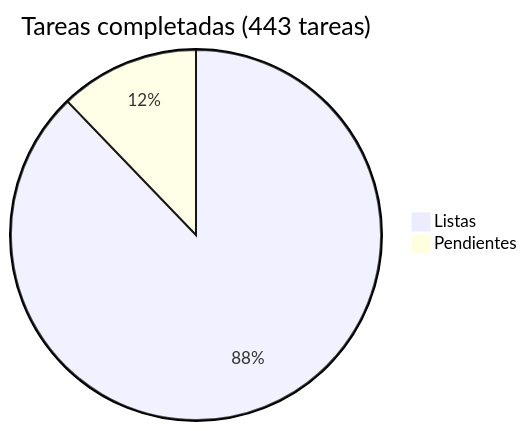
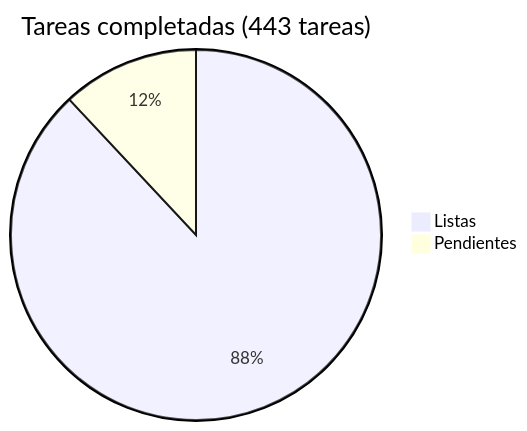
One commit to araguaney-lat/araguaney changed the diagram in docs/roadmap/README.md. Above: the diagram before and after it, drawn with Mermaid. The commit also changed other lines of this file and 2 other files, not shown here.

````diff
--- a/docs/roadmap/README.md
+++ b/docs/roadmap/README.md
@@ -5,5 +5,5 @@
 ```mermaid
 pie title Tareas completadas (443 tareas)
-    "Listas" : 389
-    "Pendientes" : 54
+    "Listas" : 390
+    "Pendientes" : 53
 ```
````
